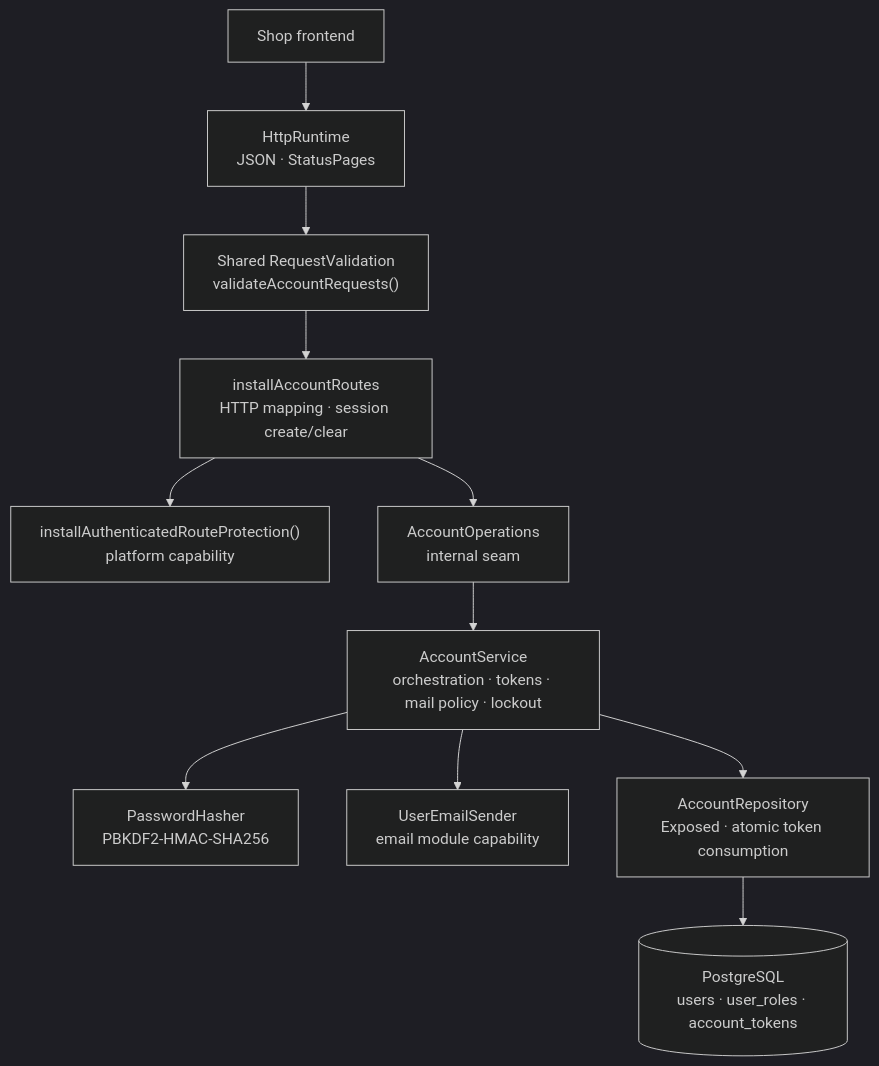
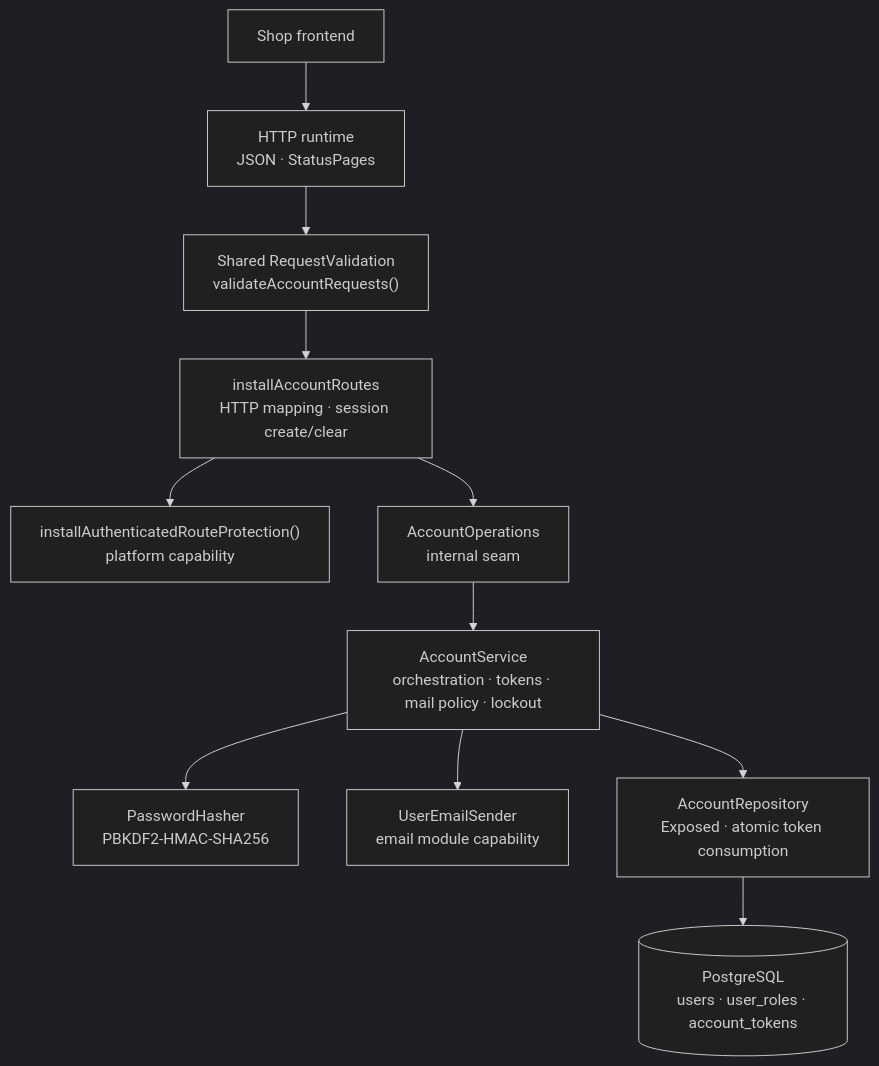
Before and after one commit to bitstorm-tech/voenix-shop-kotlin: the diagram in docs/dev/backend/account-package.md, drawn with Mermaid (dark theme). The commit also changed 12 other files, not shown here.

````diff
--- a/docs/dev/backend/account-package.md
+++ b/docs/dev/backend/account-package.md
@@ -82,23 +82,23 @@
 ```mermaid
 flowchart TB
     Client["Shop frontend"]
-    Http["HttpRuntime<br/>JSON · StatusPages"]
+    Http["HTTP runtime<br/>JSON · StatusPages"]
     Validation["Shared RequestValidation<br/>validateAccountRequests()"]
     Routes["installAccountRoutes<br/>HTTP mapping · session create/clear"]
     Protection["installAuthenticatedRouteProtection()<br/>platform capability"]
     Operations["AccountOperations<br/>internal seam"]
     Service["AccountService<br/>orchestration · tokens · mail policy · lockout"]
     Hasher["PasswordHasher<br/>PBKDF2-HMAC-SHA256"]
     Mail["UserEmailSender<br/>email module capability"]
     Repository["AccountRepository<br/>Exposed · atomic token consumption"]
     Tables[("PostgreSQL<br/>users · user_roles · account_tokens")]
 
     Client --> Http --> Validation --> Routes
     Routes --> Protection
     Routes --> Operations
     Operations --> Service
     Service --> Hasher
     Service --> Mail
     Service --> Repository
     Repository --> Tables
 ```
````
